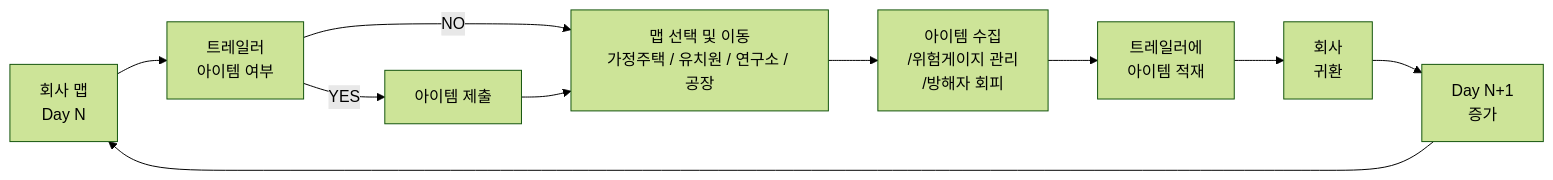
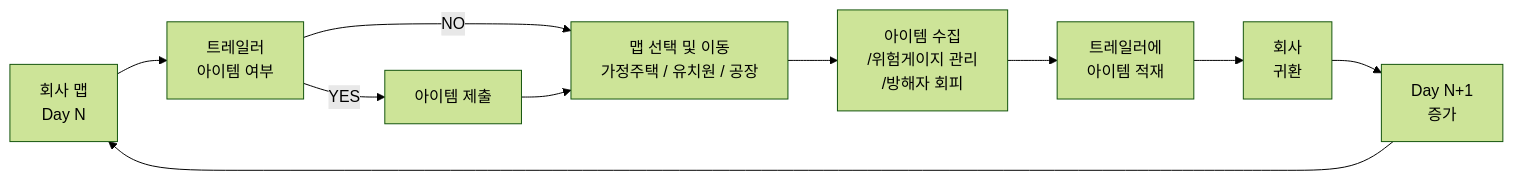
The first of 3 diagrams in README.md (bell-ha/delrev-game), drawn with Mermaid (forest theme) before and after one commit. The commit also changed other lines of this file and 2 other files, not shown here.

````diff
--- a/README.md
+++ b/README.md
@@ -83,12 +83,12 @@
 ```mermaid
 flowchart LR
     A["회사 맵<br/>Day N"] --> B["트레일러<br/>아이템 여부"]
     B -->|YES| C["아이템 제출"]
-    B -->|NO| D["맵 선택 및 이동<br/>가정주택 / 유치원 / 연구소 / 공장"]
+    B -->|NO| D["맵 선택 및 이동<br/>가정주택 / 유치원 / 공장"]
     C --> D
     D --> E["아이템 수집<br/>/위험게이지 관리<br/>/방해자 회피"]
     E --> F["트레일러에<br/>아이템 적재"]
     F --> G["회사<br/>귀환"]
     G --> H["Day N+1 <br/>증가"]
     H --> A
 ```
````
